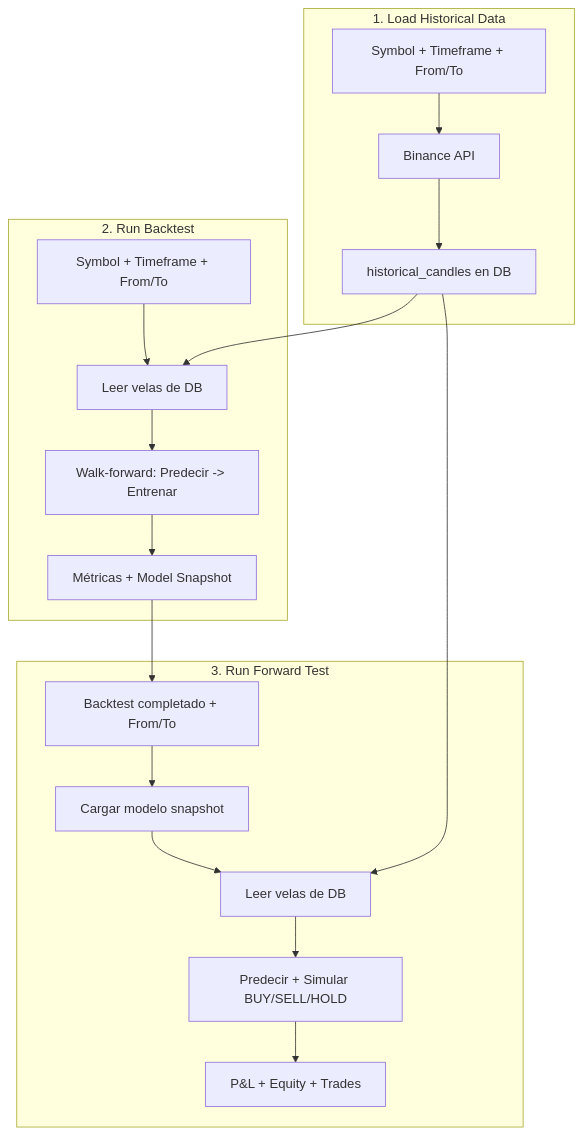
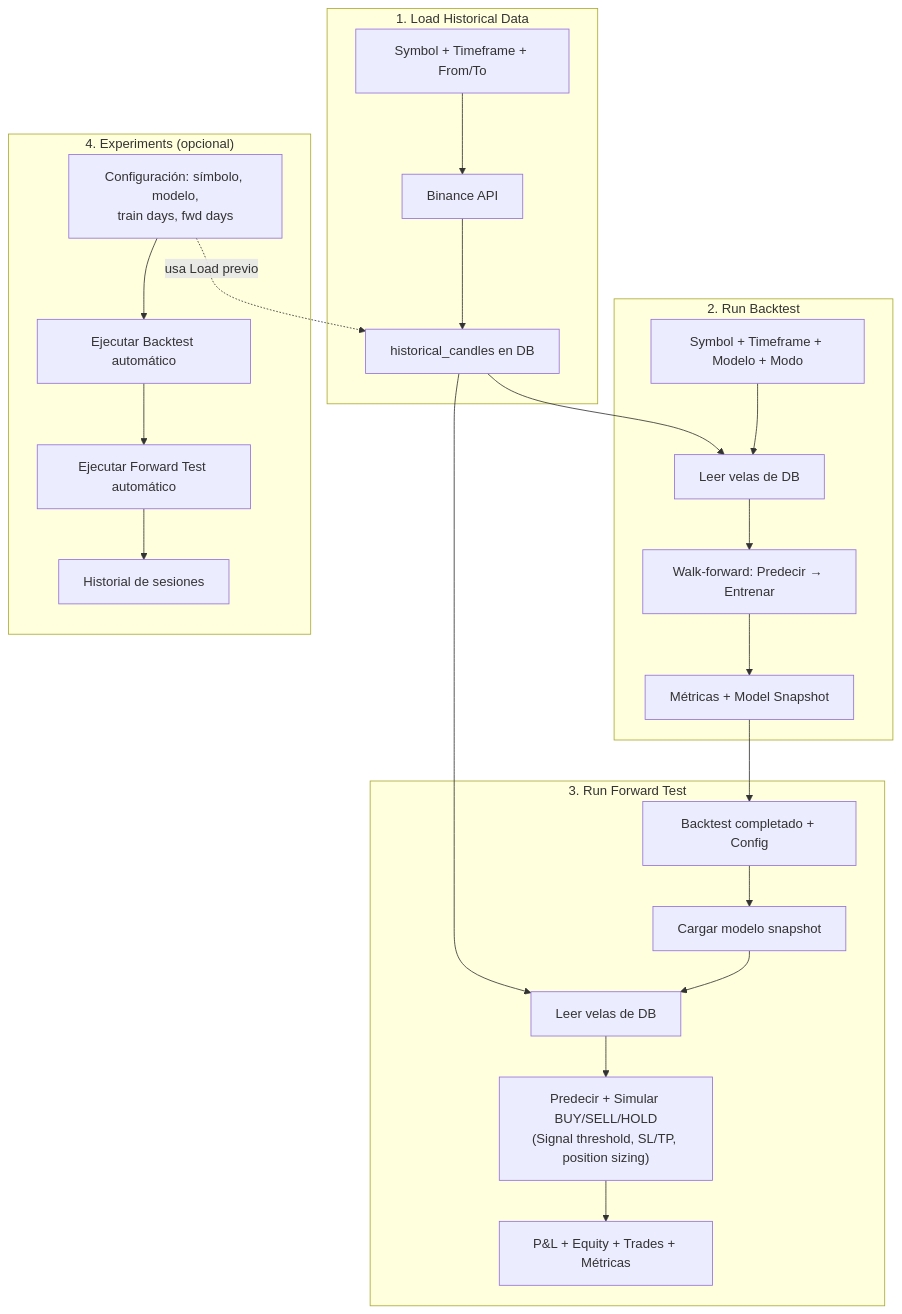
One commit to 3urega/trade changed the diagram in docs/research.md. Above: the diagram before and after it, drawn with Mermaid. The commit also changed other lines of this file, not shown here.

````diff
--- a/docs/research.md
+++ b/docs/research.md
@@ -196,24 +374,31 @@
 ```mermaid
 flowchart TD
-    subgraph Load [1. Load Historical Data]
+    subgraph Load ["1. Load Historical Data"]
         A[Symbol + Timeframe + From/To] --> B[Binance API]
         B --> C[historical_candles en DB]
     end
 
-    subgraph Backtest [2. Run Backtest]
-        D[Symbol + Timeframe + From/To] --> E[Leer velas de DB]
-        E --> F[Walk-forward: Predecir -> Entrenar]
+    subgraph Backtest ["2. Run Backtest"]
+        D[Symbol + Timeframe + Modelo + Modo] --> E[Leer velas de DB]
+        E --> F[Walk-forward: Predecir → Entrenar]
         F --> G[Métricas + Model Snapshot]
     end
 
-    subgraph Forward [3. Run Forward Test]
-        H[Backtest completado + From/To] --> I[Cargar modelo snapshot]
+    subgraph Forward ["3. Run Forward Test"]
+        H[Backtest completado + Config] --> I[Cargar modelo snapshot]
         I --> J[Leer velas de DB]
-        J --> K[Predecir + Simular BUY/SELL/HOLD]
-        K --> L[P&L + Equity + Trades]
+        J --> K["Predecir + Simular BUY/SELL/HOLD\n(Signal threshold, SL/TP, position sizing)"]
+        K --> L[P&L + Equity + Trades + Métricas]
+    end
+
+    subgraph Exp ["4. Experiments (opcional)"]
+        M[Configuración: símbolo, modelo,\ntrain days, fwd days] --> N[Ejecutar Backtest automático]
+        N --> O[Ejecutar Forward Test automático]
+        O --> P[Historial de sesiones]
     end
 
     C --> E
     G --> H
     C --> J
+    M -.->|usa Load previo| C
 ```
````
